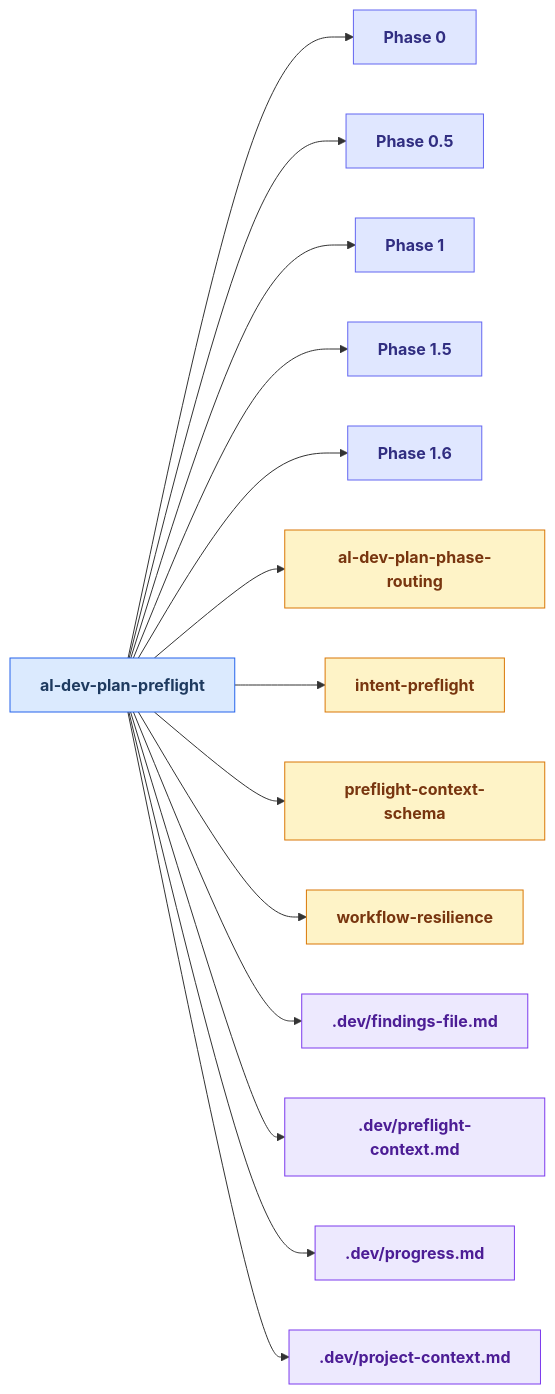
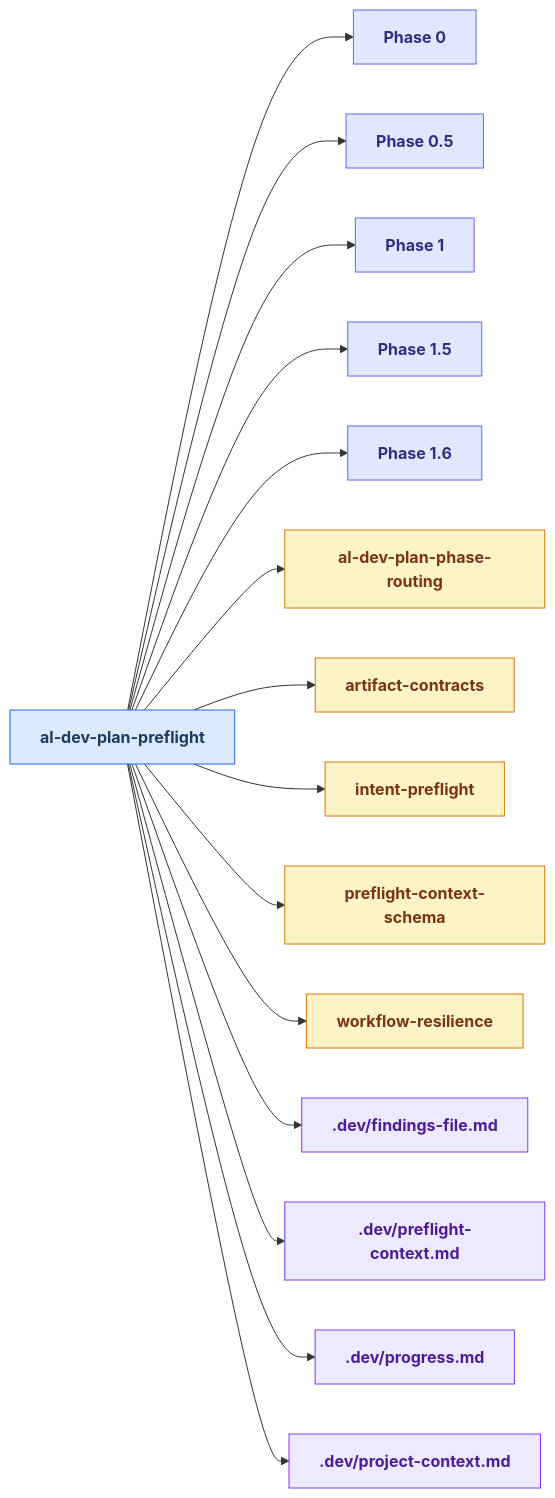
One commit to russell-laing/al-dev-shared changed the eighth of 23 diagrams in docs/al-dev-skills-map.md. Above: the diagram before and after it, drawn with Mermaid. The commit also changed 1 other file, not shown here.

Commit message:
docs(maps): regenerate plan-preflight drilldowns for artifact-contracts ref
Reflects the artifact-contract knowledge reference added in
fix(plan-preflight): adds the artifact-contracts node/edge/class to the
al-dev-plan-preflight Layer 2 drilldown in the skills map and the
plan-preflight edge in the workflow diagrams.

````diff
--- a/docs/al-dev-skills-map.md
+++ b/docs/al-dev-skills-map.md
@@ -400,52 +400,55 @@
 ```mermaid
 flowchart LR
     classDef skillNode fill:#dbeafe,stroke:#2563eb,color:#1e3a5f,font-weight:bold
     classDef agentNode fill:#d1fae5,stroke:#059669,color:#064e3b,font-weight:bold
     classDef knowledgeNode fill:#fef3c7,stroke:#d97706,color:#78350f,font-weight:bold
     classDef artifactNode fill:#ede9fe,stroke:#7c3aed,color:#4c1d95,font-weight:bold
     classDef phaseNode fill:#e0e7ff,stroke:#6366f1,color:#312e81,font-weight:bold
 
     skill_al_dev_plan_preflight[al-dev-plan-preflight]
     Phase0["Phase 0"]
     Phase0_5["Phase 0.5"]
     Phase1["Phase 1"]
     Phase1_5["Phase 1.5"]
     Phase1_6["Phase 1.6"]
     knowledge_al_dev_plan_phase_routing_md[al-dev-plan-phase-routing]
+    knowledge_artifact_contracts_md[artifact-contracts]
     knowledge_intent_preflight_md[intent-preflight]
     knowledge_preflight_context_schema_md[preflight-context-schema]
     knowledge_workflow_resilience_md[workflow-resilience]
     artifact_findings_file_md[.dev/findings-file.md]
     artifact_preflight_context_md[.dev/preflight-context.md]
     artifact_progress_md[.dev/progress.md]
     artifact_project_context_md[.dev/project-context.md]
 
     skill_al_dev_plan_preflight --> Phase0
     skill_al_dev_plan_preflight --> Phase0_5
     skill_al_dev_plan_preflight --> Phase1
     skill_al_dev_plan_preflight --> Phase1_5
     skill_al_dev_plan_preflight --> Phase1_6
     skill_al_dev_plan_preflight --> knowledge_al_dev_plan_phase_routing_md
+    skill_al_dev_plan_preflight --> knowledge_artifact_contracts_md
     skill_al_dev_plan_preflight --> knowledge_intent_preflight_md
     skill_al_dev_plan_preflight --> knowledge_preflight_context_schema_md
     skill_al_dev_plan_preflight --> knowledge_workflow_resilience_md
     skill_al_dev_plan_preflight --> artifact_findings_file_md
     skill_al_dev_plan_preflight --> artifact_preflight_context_md
     skill_al_dev_plan_preflight --> artifact_progress_md
     skill_al_dev_plan_preflight --> artifact_project_context_md
 
     class skill_al_dev_plan_preflight skillNode
     class Phase0 phaseNode
     class Phase0_5 phaseNode
     class Phase1 phaseNode
     class Phase1_5 phaseNode
     class Phase1_6 phaseNode
     class knowledge_al_dev_plan_phase_routing_md knowledgeNode
+    class knowledge_artifact_contracts_md knowledgeNode
     class knowledge_intent_preflight_md knowledgeNode
     class knowledge_preflight_context_schema_md knowledgeNode
     class knowledge_workflow_resilience_md knowledgeNode
     class artifact_findings_file_md artifactNode
     class artifact_preflight_context_md artifactNode
     class artifact_progress_md artifactNode
     class artifact_project_context_md artifactNode
 ```
````
